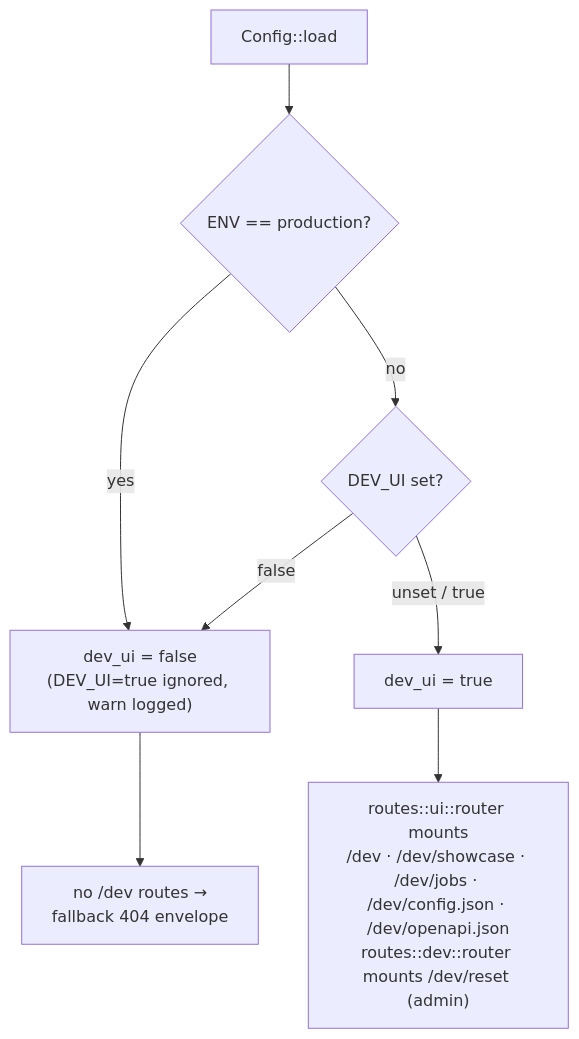
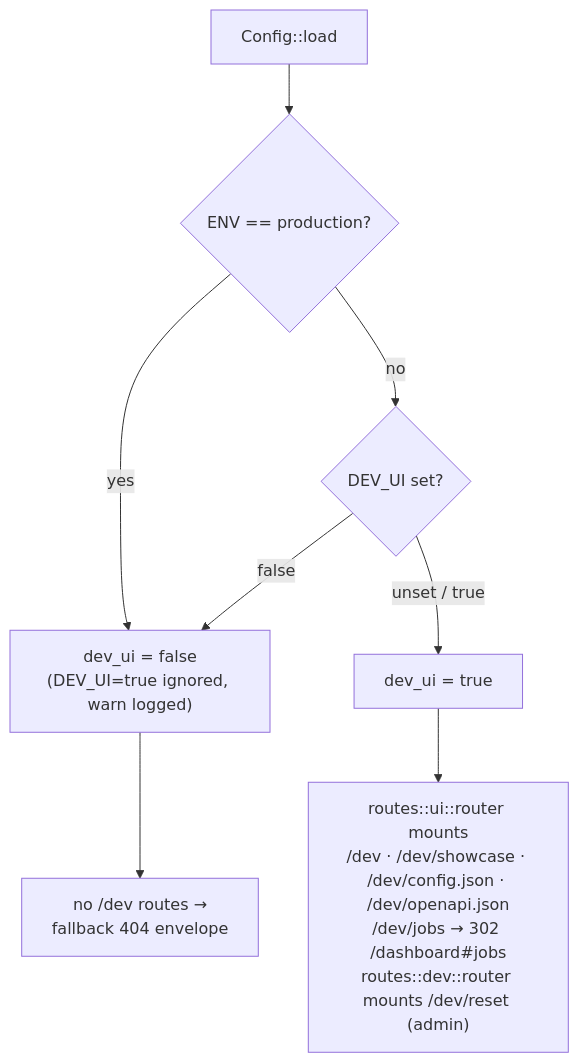
The first of 3 diagrams in docs/design/10-dev-explorer.md (NinjaGoldfinch/riot-proxy), drawn with Mermaid before and after one commit. The commit also changed other lines of this file and 13 other files, not shown here.

First line of the commit message:
chore(ui): retire /dashboard/config.json and /dev/jobs (#194)

````diff
--- a/docs/design/10-dev-explorer.md
+++ b/docs/design/10-dev-explorer.md
@@ -22,10 +22,10 @@
 ```mermaid
 flowchart TD
   A[Config::load] --> B{ENV == production?}
   B -- yes --> OFF["dev_ui = false<br/>(DEV_UI=true ignored, warn logged)"]
   B -- no --> C{DEV_UI set?}
   C -- "false" --> OFF
   C -- "unset / true" --> ON[dev_ui = true]
-  ON --> R["routes::ui::router mounts<br/>/dev · /dev/showcase · /dev/jobs · /dev/config.json · /dev/openapi.json<br/>routes::dev::router mounts /dev/reset (admin)"]
+  ON --> R["routes::ui::router mounts<br/>/dev · /dev/showcase · /dev/config.json · /dev/openapi.json<br/>/dev/jobs → 302 /dashboard#jobs<br/>routes::dev::router mounts /dev/reset (admin)"]
   OFF --> N["no /dev routes →<br/>fallback 404 envelope"]
 ```
````
